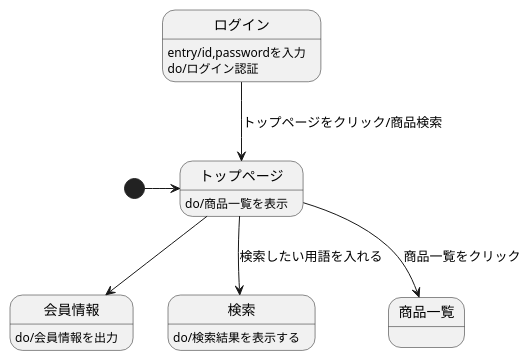
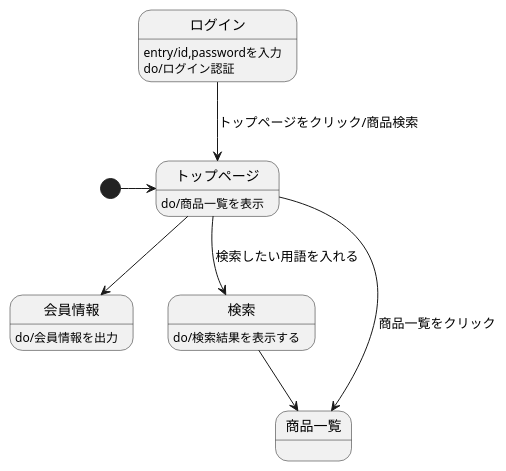
The diagram in 画面遷移図(original).md (Aso2001224/2021sys-design), drawn with PlantUML before and after one commit.

````diff
--- a/画面遷移図(original).md
+++ b/画面遷移図(original).md
@@ -1,14 +1,15 @@
 ```uml
 @startuml
 [*]->トップページ
 トップページ:do/商品一覧を表示
 ログイン-->トップページ:トップページをクリック/商品検索
 ログイン:entry/id,passwordを入力
 ログイン:do/ログイン認証
 トップページ-->会員情報
 会員情報:do/会員情報を出力
 トップページ-->検索 :検索したい用語を入れる
 検索:do/検索結果を表示する
 トップページ-->商品一覧 :商品一覧をクリック
+検索-->商品一覧
 @enduml
 ```
````
